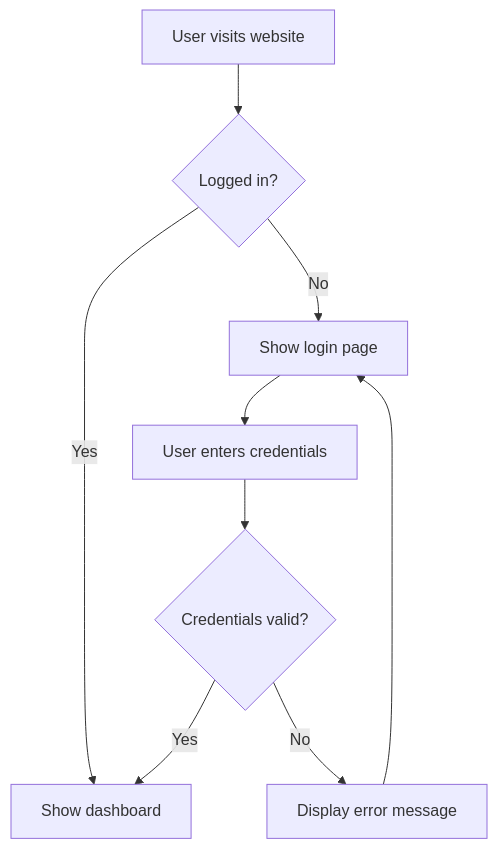
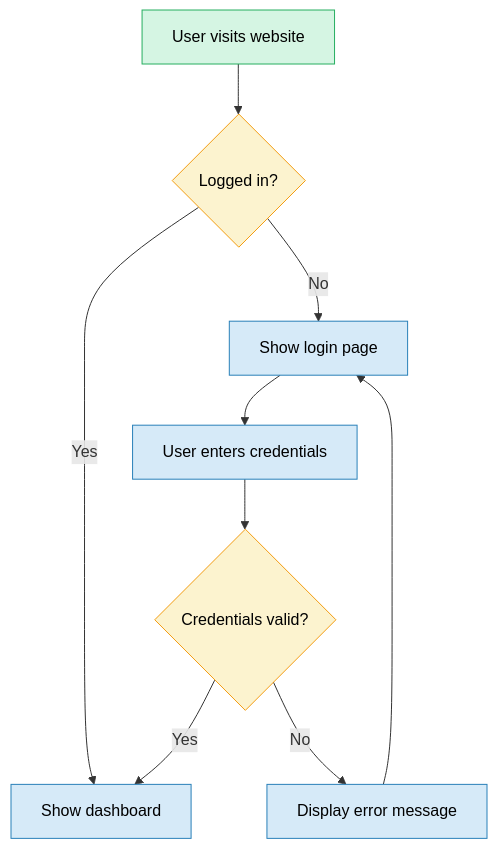
The diagram in docs/source/links-and-forms.rst (CCN-Support/CCN_Wiki), drawn with Mermaid before and after one commit.

```diff
--- a/docs/source/links-and-forms.rst
+++ b/docs/source/links-and-forms.rst
@@ -253,12 +253,20 @@
 .. mermaid::
    :caption: Figure 1. User authentication workflow
 
    flowchart TD
        A[User visits website] --> B{Logged in?}
        B -->|Yes| C[Show dashboard]
        B -->|No| D[Show login page]
        D --> E[User enters credentials]
        E --> F{Credentials valid?}
        F -->|Yes| C
        F -->|No| G[Display error message]
        G --> D
+
+       classDef start fill:#d5f5e3,stroke:#27ae60,color:#000;
+       classDef decision fill:#fcf3cf,stroke:#f39c12,color:#000;
+       classDef action fill:#d6eaf8,stroke:#2980b9,color:#000;
+
+       class A start;
+       class B,F decision;
+       class C,D,E,G action;
```
